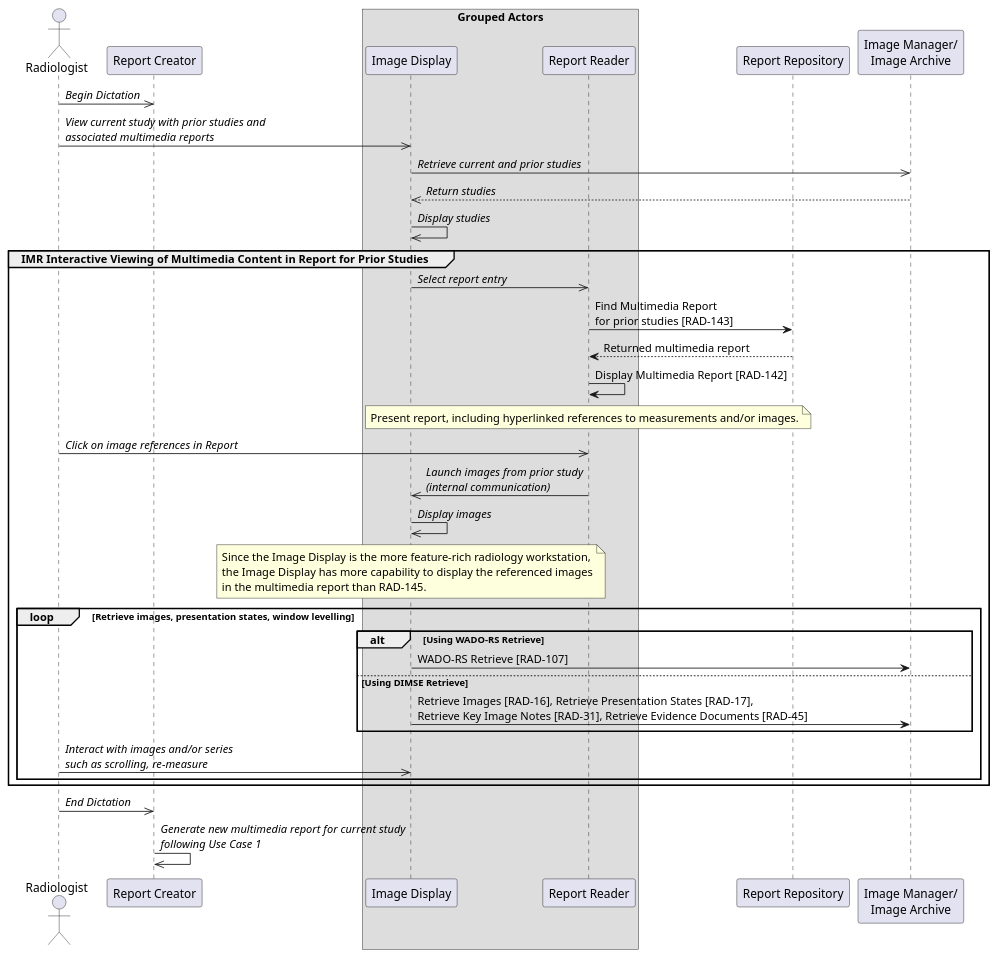
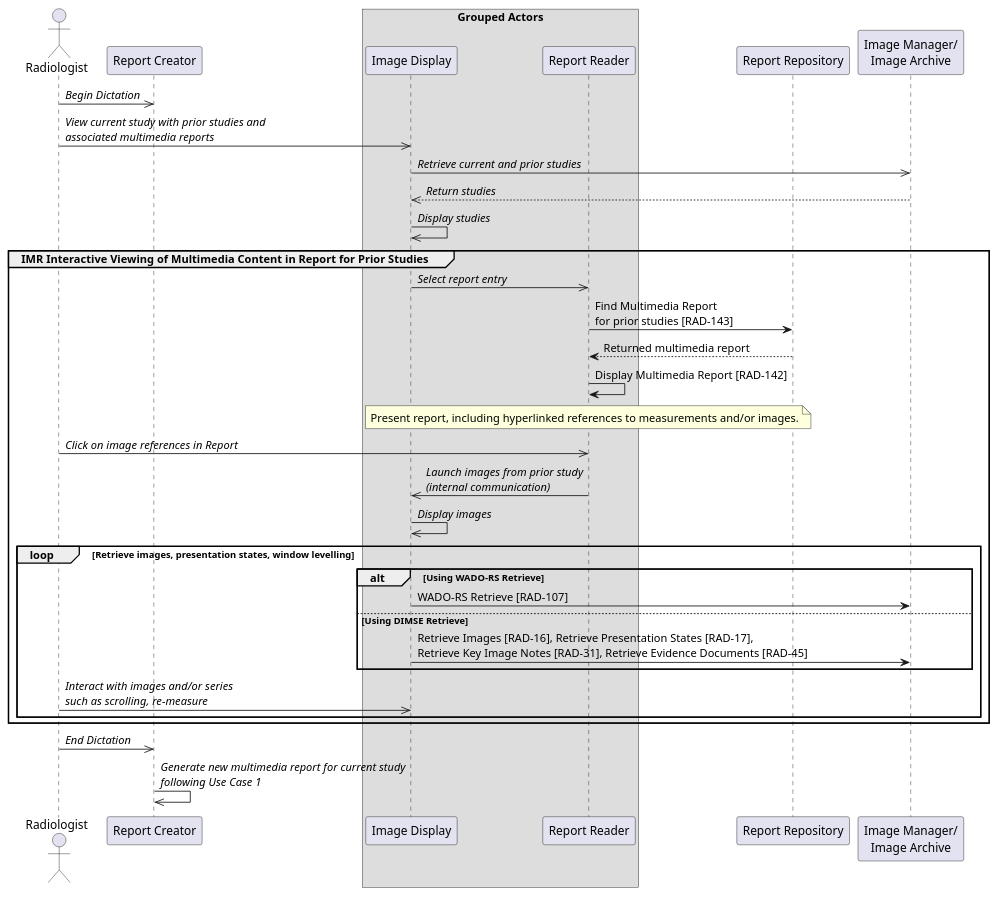
One commit to IHE/RAD.IMR changed the diagram in input/images-source/uc5-presenting-interactive-report-PACS.plantuml. Above: the diagram before and after it, drawn with PlantUML. The commit also changed 4 other files, not shown here.

Commit message:
#28 Remove reference to RAD-145 for Display Image.

```diff
--- a/input/images-source/uc5-presenting-interactive-report-PACS.plantuml
+++ b/input/images-source/uc5-presenting-interactive-report-PACS.plantuml
@@ -1,56 +1,51 @@
 @startuml
 
 actor Radiologist as Radiologist
 
 participant "Report Creator" as RCreator
 
 box Grouped Actors
 participant "Image Display" as Display
 participant "Report Reader" as Reader
 end box
 
 participant "Report Repository" as Repo
 participant "Image Manager/\nImage Archive" as Archive
 
 Radiologist->>RCreator: //Begin Dictation//
 Radiologist->>Display: //View current study with prior studies and//\n//associated multimedia reports//
 Display->>Archive: //Retrieve current and prior studies//
 Archive-->>Display: //Return studies//
 Display->>Display: //Display studies//
 
 group IMR Interactive Viewing of Multimedia Content in Report for Prior Studies
 Display->>Reader: //Select report entry//
 Reader->Repo: Find Multimedia Report\nfor prior studies [RAD-143]
 Repo-->Reader: Returned multimedia report
 Reader->Reader: Display Multimedia Report [RAD-142]
 
 note over Reader
 Present report, including hyperlinked references to measurements and/or images.
 end note
 
 Radiologist->>Reader: //Click on image references in Report//
 Reader->>Display: //Launch images from prior study//\n//(internal communication)//
 Display->>Display: //Display images//
-note over Display
-Since the Image Display is the more feature-rich radiology workstation,
-the Image Display has more capability to display the referenced images
-in the multimedia report than RAD-145.
-end note
 
 loop Retrieve images, presentation states, window levelling
 alt Using WADO-RS Retrieve
 Display->Archive: WADO-RS Retrieve [RAD-107]
 else Using DIMSE Retrieve
 Display->Archive: Retrieve Images [RAD-16], Retrieve Presentation States [RAD-17],\nRetrieve Key Image Notes [RAD-31], Retrieve Evidence Documents [RAD-45]
 end
 
 Radiologist->>Display: //Interact with images and/or series//\n//such as scrolling, re-measure//
 end loop
 
 end
 
 Radiologist->>RCreator: //End Dictation//
 RCreator->>RCreator: //Generate new multimedia report for current study//\n//following Use Case 1//
 
 
 @enduml
```
